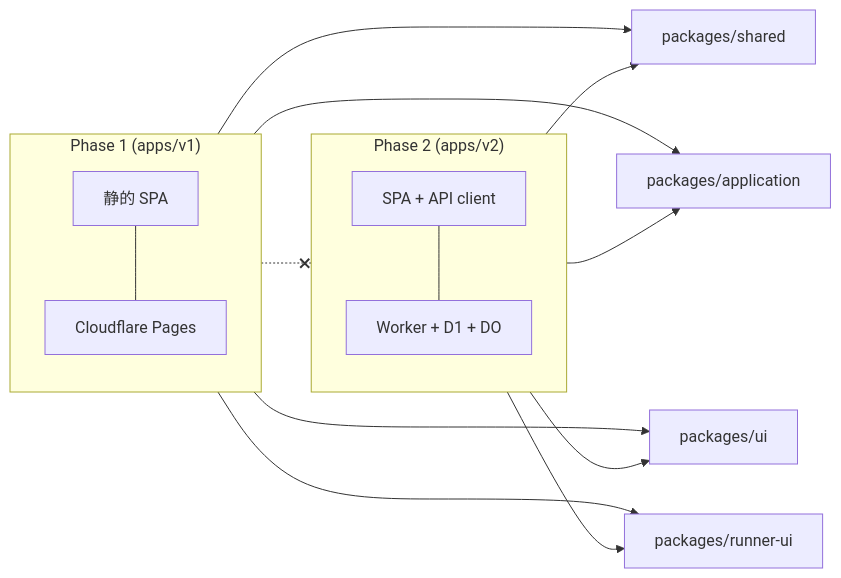
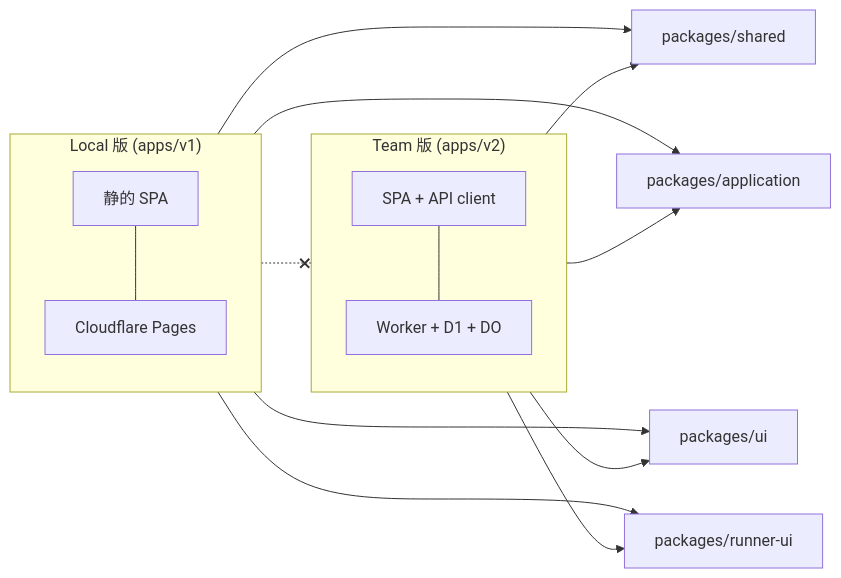
The sixth of 6 diagrams in docs/architecture.md (fuyuz/qarows), drawn with Mermaid before and after one commit. The commit also changed other lines of this file and 24 other files, not shown here.

First line of the commit message:
Replace Phase 1/2 terminology with Local and Team edition naming.

````diff
--- a/docs/architecture.md
+++ b/docs/architecture.md
@@ -242,30 +242,30 @@
 ```mermaid
 flowchart LR
-  subgraph P1["Phase 1 (apps/v1)"]
+  subgraph P1["Local 版 (apps/v1)"]
     P1App["静的 SPA"]
     P1Pages["Cloudflare Pages"]
     P1App --- P1Pages
   end
 
-  subgraph P2["Phase 2 (apps/v2)"]
+  subgraph P2["Team 版 (apps/v2)"]
     P2App["SPA + API client"]
     P2Worker["Worker + D1 + DO"]
     P2App --- P2Worker
   end
 
   Shared["packages/shared"]
   AppPkg["packages/application"]
   UiPkg["packages/ui"]
   RunnerPkg["packages/runner-ui"]
 
   P1 --> Shared
   P2 --> Shared
   P1 --> AppPkg
   P2 --> AppPkg
   P1 --> UiPkg
   P2 --> UiPkg
   P1 --> RunnerPkg
   P2 --> RunnerPkg
 
   P1 -.-x P2
 ```
````
